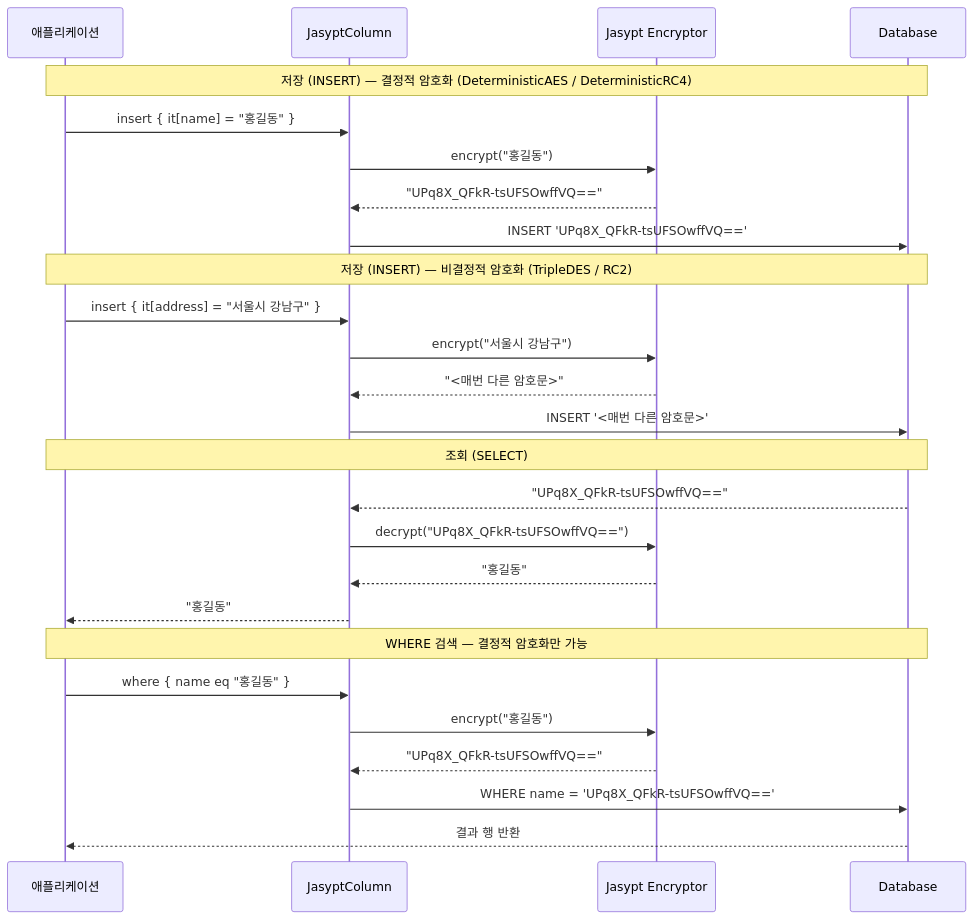
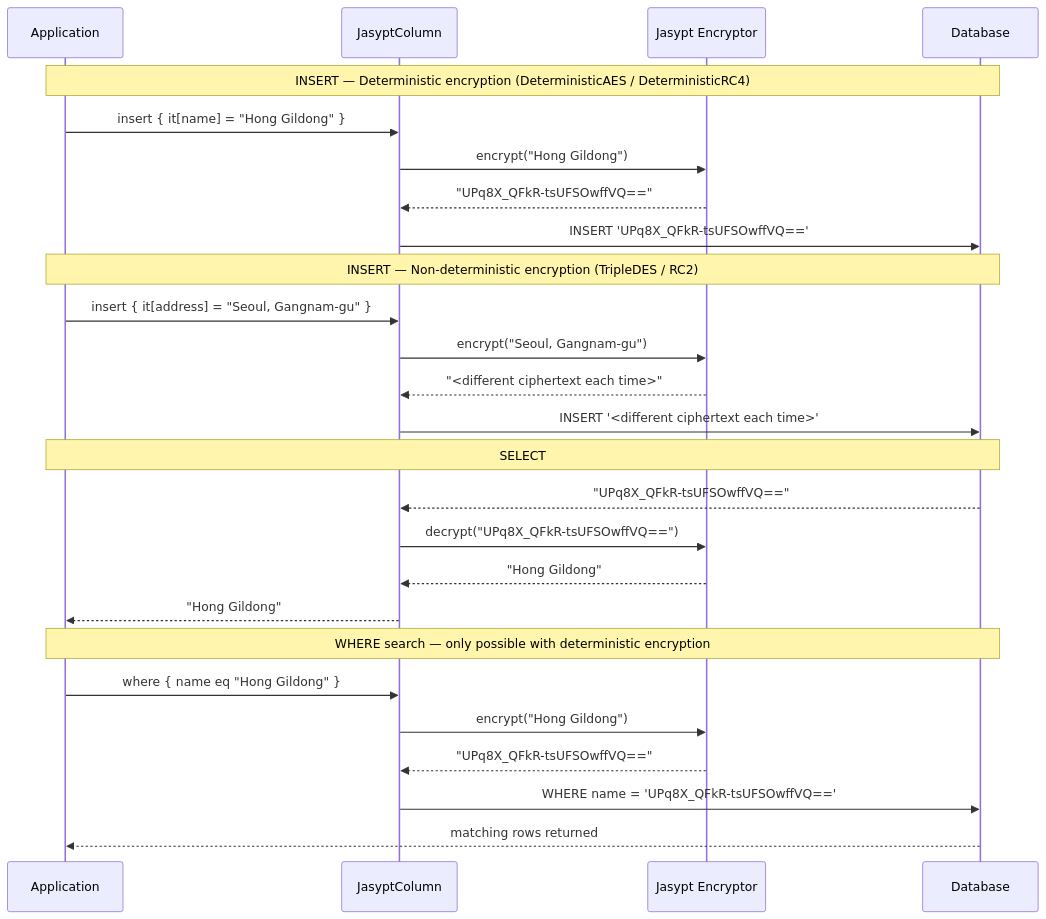
The first of 2 diagrams in 06-advanced/10-exposed-r2dbc-jasypt/README.md (bluetape4k/exposed-r2dbc-workshop), drawn with Mermaid before and after one commit. The commit also changed other lines of this file and 63 other files, not shown here.

First line of the commit message:
docs: 전 모듈 README Mermaid UML 추가 및 영/한 이중화

````diff
--- a/06-advanced/10-exposed-r2dbc-jasypt/README.md
+++ b/06-advanced/10-exposed-r2dbc-jasypt/README.md
@@ -10,32 +11,32 @@
 ```mermaid
 sequenceDiagram
-    participant App as 애플리케이션
+    participant App as Application
     participant Col as JasyptColumn
     participant Enc as Jasypt Encryptor
     participant DB as Database
 
-    Note over App,DB: 저장 (INSERT) — 결정적 암호화 (DeterministicAES / DeterministicRC4)
-    App ->> Col: insert { it[name] = "홍길동" }
-    Col ->> Enc: encrypt("홍길동")
+    Note over App,DB: INSERT — Deterministic encryption (DeterministicAES / DeterministicRC4)
+    App ->> Col: insert { it[name] = "Hong Gildong" }
+    Col ->> Enc: encrypt("Hong Gildong")
     Enc -->> Col: "UPq8X_QFkR-tsUFSOwffVQ=="
     Col ->> DB: INSERT 'UPq8X_QFkR-tsUFSOwffVQ=='
 
-    Note over App,DB: 저장 (INSERT) — 비결정적 암호화 (TripleDES / RC2)
-    App ->> Col: insert { it[address] = "서울시 강남구" }
-    Col ->> Enc: encrypt("서울시 강남구")
-    Enc -->> Col: "<매번 다른 암호문>"
-    Col ->> DB: INSERT '<매번 다른 암호문>'
+    Note over App,DB: INSERT — Non-deterministic encryption (TripleDES / RC2)
+    App ->> Col: insert { it[address] = "Seoul, Gangnam-gu" }
+    Col ->> Enc: encrypt("Seoul, Gangnam-gu")
+    Enc -->> Col: "<different ciphertext each time>"
+    Col ->> DB: INSERT '<different ciphertext each time>'
 
-    Note over App,DB: 조회 (SELECT)
+    Note over App,DB: SELECT
     DB -->> Col: "UPq8X_QFkR-tsUFSOwffVQ=="
     Col ->> Enc: decrypt("UPq8X_QFkR-tsUFSOwffVQ==")
-    Enc -->> Col: "홍길동"
-    Col -->> App: "홍길동"
+    Enc -->> Col: "Hong Gildong"
+    Col -->> App: "Hong Gildong"
 
-    Note over App,DB: WHERE 검색 — 결정적 암호화만 가능
-    App ->> Col: where { name eq "홍길동" }
-    Col ->> Enc: encrypt("홍길동")
+    Note over App,DB: WHERE search — only possible with deterministic encryption
+    App ->> Col: where { name eq "Hong Gildong" }
+    Col ->> Enc: encrypt("Hong Gildong")
     Enc -->> Col: "UPq8X_QFkR-tsUFSOwffVQ=="
     Col ->> DB: WHERE name = 'UPq8X_QFkR-tsUFSOwffVQ=='
-    DB -->> App: 결과 행 반환
+    DB -->> App: matching rows returned
 ```
````
